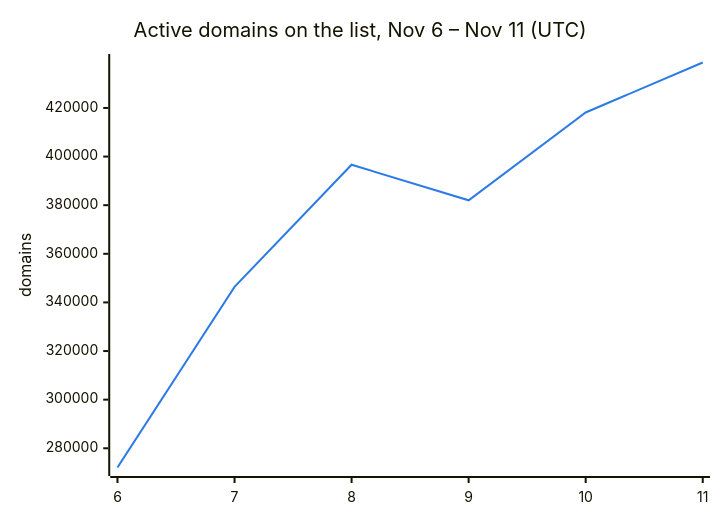
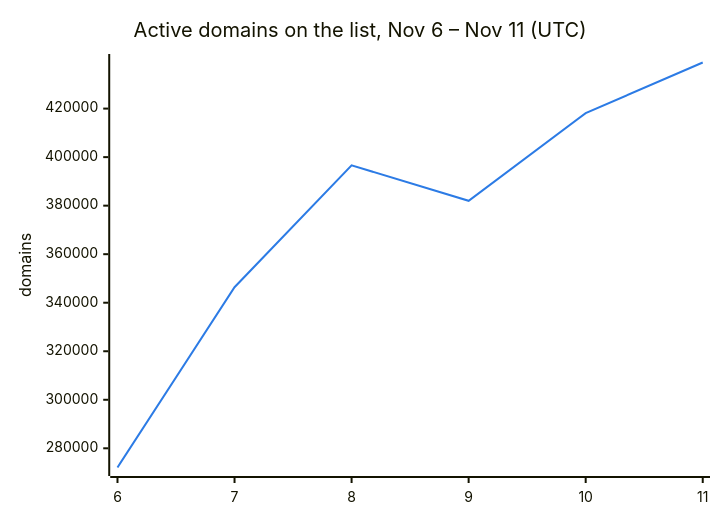
Before and after one commit to DNSBunker/CTI: the second of 3 diagrams in README.md, drawn with Mermaid. The commit also changed other lines of this file and 3 other files, not shown here.

````diff
--- a/README.md
+++ b/README.md
@@ -38,8 +38,8 @@
 ```mermaid
 %%{init: {"themeVariables": {"xyChart": {"plotColorPalette": "#2c7be5"}}}}%%
 xychart-beta
     title "Active domains on the list, Nov 6 – Nov 11 (UTC)"
     x-axis ["6", "7", "8", "9", "10", "11"]
     y-axis "domains"
-    line [272088, 346388, 396638, 382009, 418143, 438700]
+    line [272088, 346388, 396638, 382009, 418143, 438998]
 ```
````
